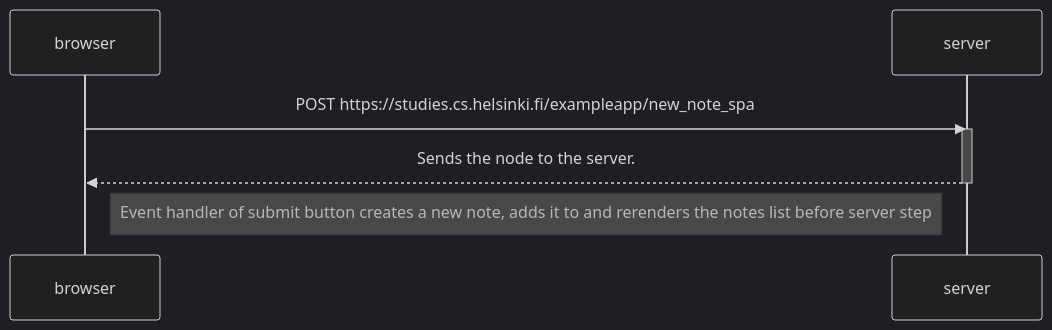
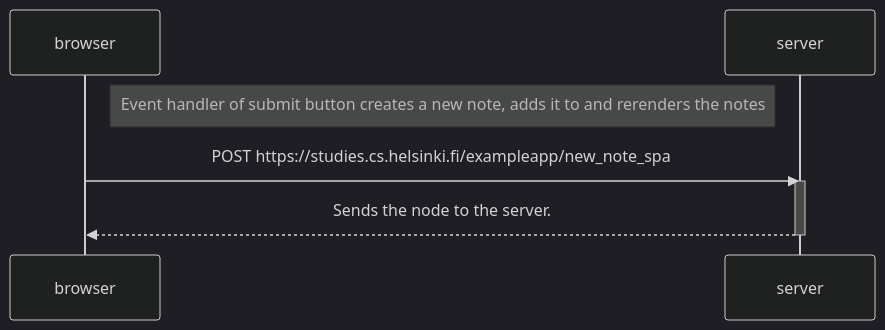
Before and after one commit to MvanSteenbergen/FullStackOpen: the diagram in exercise 0.6.md, drawn with Mermaid (dark theme).

Commit message:
Update exercise 0.6.md

````diff
--- a/exercise 0.6.md
+++ b/exercise 0.6.md
@@ -3,12 +3,12 @@
 ```mermaid
 sequenceDiagram
     participant browser
     participant server
-    
+
+    Note right of browser: Event handler of submit button creates a new note, adds it to and rerenders the notes
+
     browser->>server: POST https://studies.cs.helsinki.fi/exampleapp/new_note_spa
     activate server
     server-->>browser: Sends the node to the server.
     deactivate server
-
-    Note right of browser: Event handler of submit button creates a new note, adds it to and rerenders the notes list before server step
 ```
````
